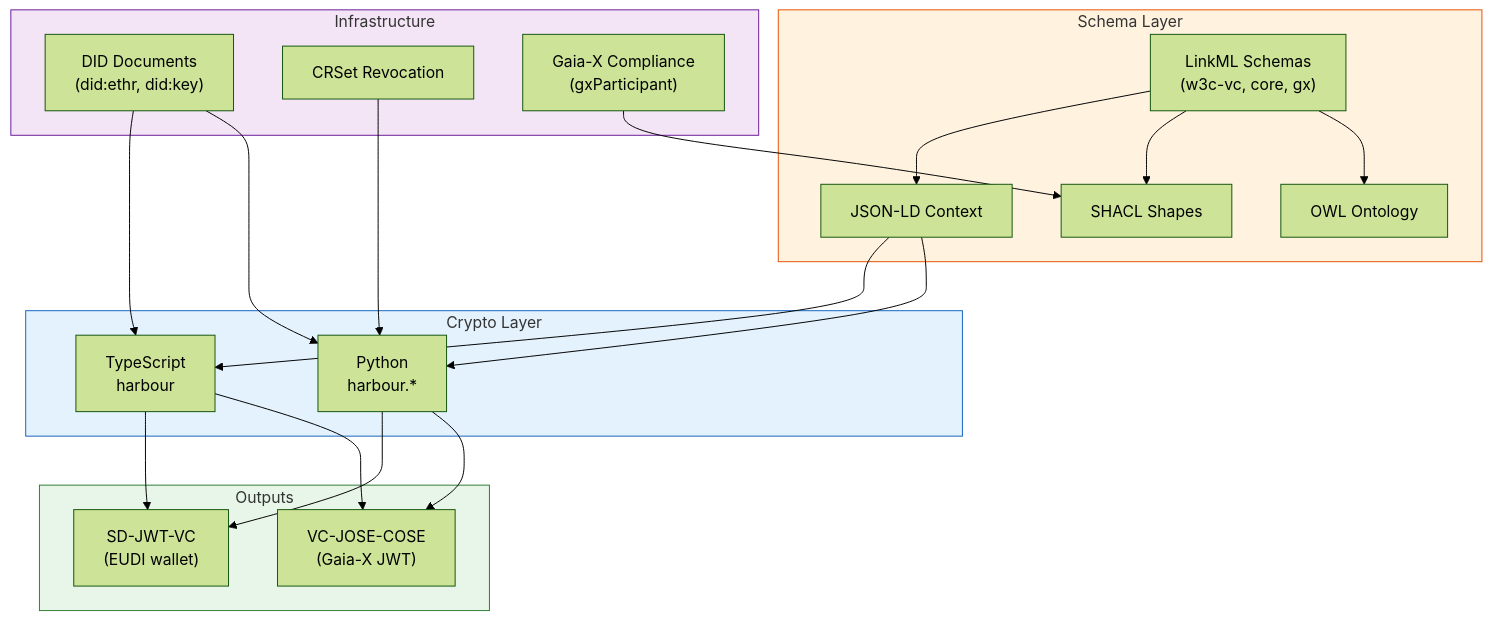
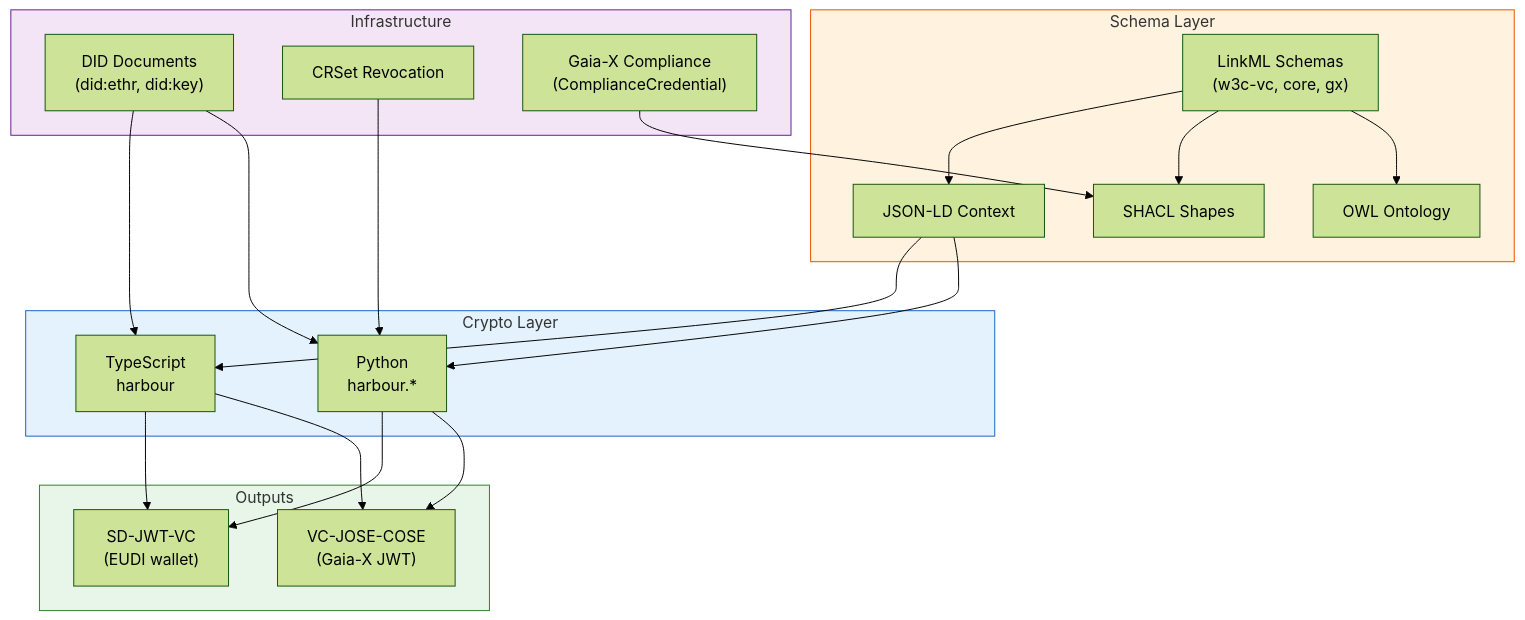
One commit to reachhaven/harbour-credentials changed the first of 2 diagrams in docs/architecture.md. Above: the diagram before and after it, drawn with Mermaid (forest theme). The commit also changed 48 other files, not shown here.

First line of the commit message:
feat(linkml): Gaia-X compliance model, delegation schema, spec references

````diff
--- a/docs/architecture.md
+++ b/docs/architecture.md
@@ -15,38 +15,38 @@
 ```mermaid
 flowchart TB
     subgraph schema["Schema Layer"]
         LM["LinkML Schemas<br/>(w3c-vc, core, gx)"]
         OWL["OWL Ontology"]
         SHACL["SHACL Shapes"]
         CTX["JSON-LD Context"]
     end
 
     subgraph crypto["Crypto Layer"]
         PY["Python<br/>harbour.*"]
         TS["TypeScript<br/>harbour"]
     end
 
     subgraph infra["Infrastructure"]
         DID["DID Documents<br/>(did:ethr, did:key)"]
         CRSET["CRSet Revocation"]
-        GX["Gaia-X Compliance<br/>(gxParticipant)"]
+        GX["Gaia-X Compliance<br/>(ComplianceCredential)"]
     end
 
     subgraph output["Outputs"]
         JOSE["VC-JOSE-COSE<br/>(Gaia-X JWT)"]
         SDJWT["SD-JWT-VC<br/>(EUDI wallet)"]
     end
 
     LM --> OWL & SHACL & CTX
     CTX --> PY & TS
     PY --> JOSE & SDJWT
     TS --> JOSE & SDJWT
     DID --> PY & TS
     CRSET --> PY
     GX --> SHACL
 
     style schema fill:#fff3e0,stroke:#e65100
     style crypto fill:#e3f2fd,stroke:#1565c0
     style infra fill:#f3e5f5,stroke:#6a1b9a
     style output fill:#e8f5e9,stroke:#2e7d32
 ```
````
